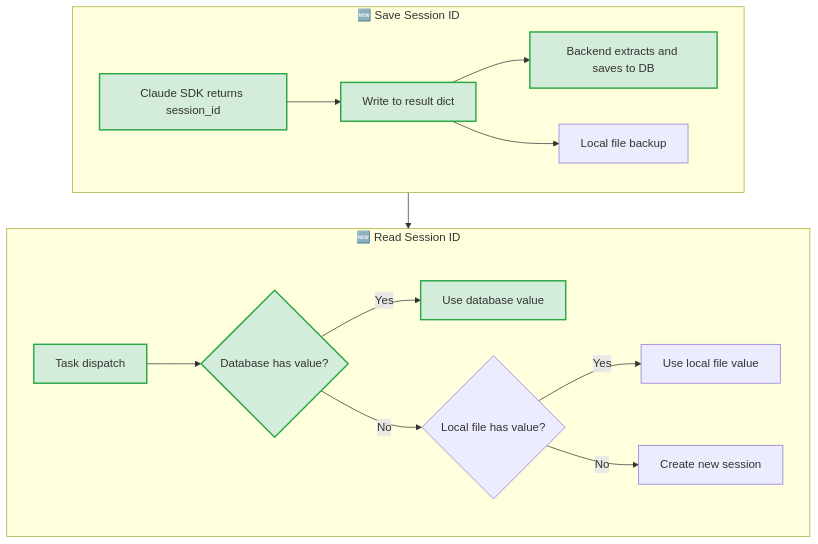
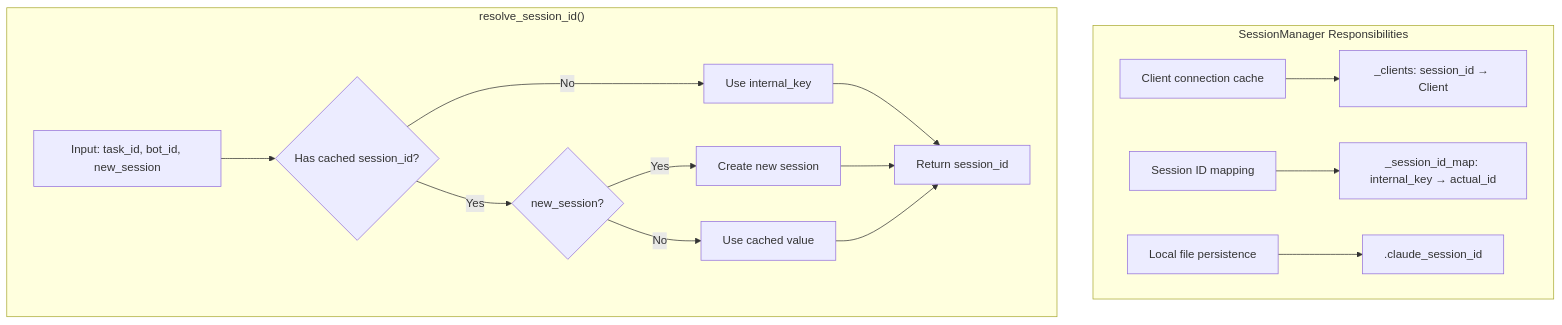
One commit to wecode-ai/Wegent changed the fourth of 8 diagrams in docs/en/features/task-restore.md. Above: the diagram before and after it, drawn with Mermaid. The commit also changed other lines of this file and 7 other files, not shown here.

First line of the commit message:
refactor(backend,executor): remove database session ID persistence, use workspace archive only

````diff
--- a/docs/en/features/task-restore.md
+++ b/docs/en/features/task-restore.md
@@ -116,22 +152,19 @@
 ```mermaid
 flowchart TB
-    subgraph SaveFlow["🆕 Save Session ID"]
-        direction LR
-        A1[Claude SDK returns session_id]:::new --> A2[Write to result dict]:::new
-        A2 --> A3[Backend extracts and saves to DB]:::new
-        A2 --> A4[Local file backup]
+    subgraph SessionManager["SessionManager Responsibilities"]
+        A[Client connection cache] --> B["_clients: session_id → Client"]
+        C[Session ID mapping] --> D["_session_id_map: internal_key → actual_id"]
+        E[Local file persistence] --> F[".claude_session_id"]
     end
 
-    subgraph ReadFlow["🆕 Read Session ID"]
-        direction LR
-        B1[Task dispatch]:::new --> B2{Database has value?}:::new
-        B2 -->|Yes| B3[Use database value]:::new
-        B2 -->|No| B4{Local file has value?}
-        B4 -->|Yes| B5[Use local file value]
-        B4 -->|No| B6[Create new session]
+    subgraph ResolveLogic["resolve_session_id()"]
+        G[Input: task_id, bot_id, new_session] --> H{Has cached session_id?}
+        H -->|Yes| I{new_session?}
+        H -->|No| J[Use internal_key]
+        I -->|Yes| K[Create new session]
+        I -->|No| L[Use cached value]
+        J --> M[Return session_id]
+        K --> M
+        L --> M
     end
-
-    SaveFlow --> ReadFlow
-
-    classDef new fill:#d4edda,stroke:#28a745,stroke-width:2px
 ```
````
